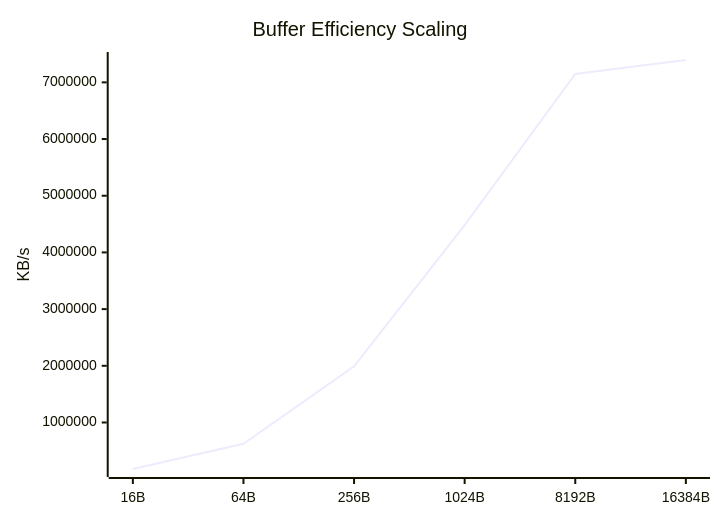
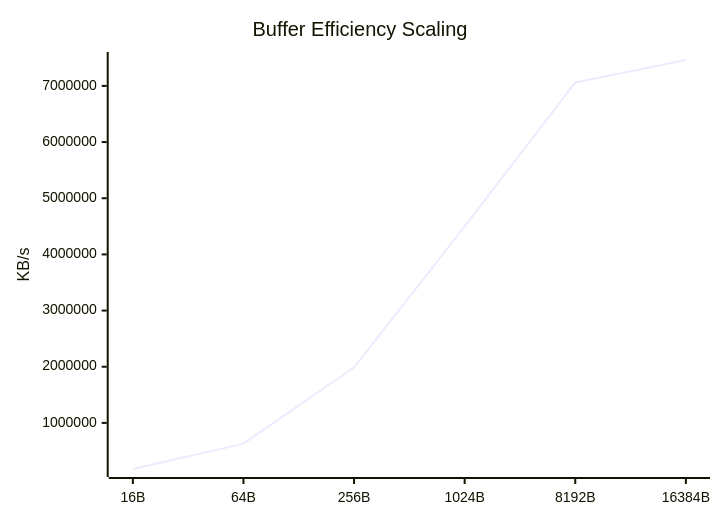
One commit to taha2samy/openssl_fips changed the seventh of 9 diagrams in docs/Comparison_Report.md. Above: the diagram before and after it, drawn with Mermaid. The commit also changed other lines of this file and 2 other files, not shown here.

````diff
--- a/docs/Comparison_Report.md
+++ b/docs/Comparison_Report.md
@@ -110,7 +110,7 @@
 ```mermaid
 xychart-beta
     title "Buffer Efficiency Scaling"
     x-axis [16B, 64B, 256B, 1024B, 8192B, 16384B]
     y-axis "KB/s"
-    line [179600.8, 625076.83, 1991222.27, 4483059.2, 7148691.46, 7394295.81]
+    line [179565.42, 630508.99, 1987628.8, 4497530.88, 7061184.51, 7461003.26]
 ```
````
